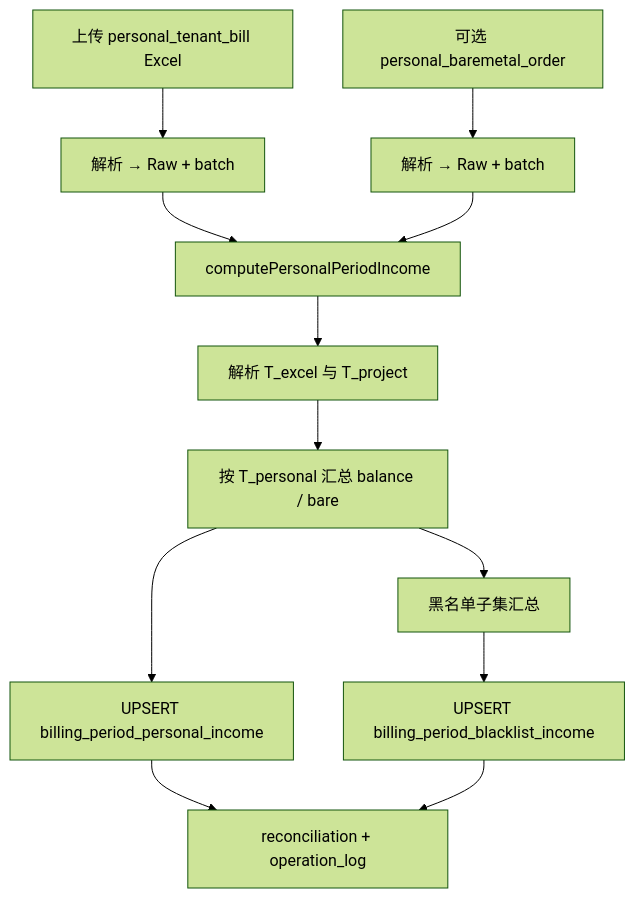
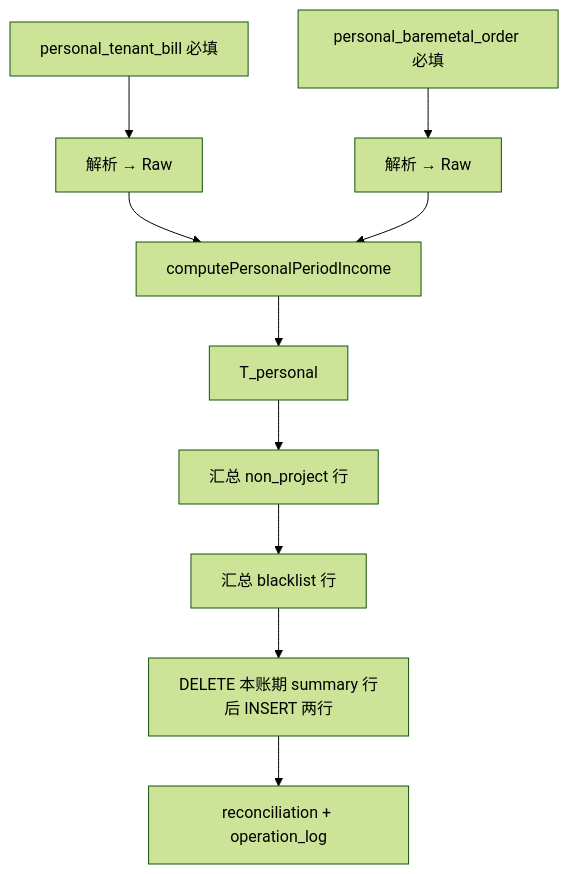
Before and after one commit to metacode0602/opencomfy-hub: the diagram in apps/web/content/design/finance-personal-income-design.md, drawn with Mermaid (forest theme). The commit also changed other lines of this file and 18 other files, not shown here.

````diff
--- a/apps/web/content/design/finance-personal-income-design.md
+++ b/apps/web/content/design/finance-personal-income-design.md
@@ -231,14 +223,12 @@
 ```mermaid
 flowchart TB
-  U[上传 personal_tenant_bill Excel] --> P[解析 → Raw + batch]
-  U2[可选 personal_baremetal_order] --> P2[解析 → Raw + batch]
-  P --> C[computePersonalPeriodIncome]
+  U1[personal_tenant_bill 必填] --> P1[解析 → Raw]
+  U2[personal_baremetal_order 必填] --> P2[解析 → Raw]
+  P1 --> C[computePersonalPeriodIncome]
   P2 --> C
-  C --> F[解析 T_excel 与 T_project]
-  F --> A[按 T_personal 汇总 balance / bare]
-  A --> W[UPSERT billing_period_personal_income]
-  A --> B[黑名单子集汇总]
-  B --> X[UPSERT billing_period_blacklist_income]
+  C --> F[T_personal]
+  F --> A[汇总 non_project 行]
+  A --> B[汇总 blacklist 行]
+  B --> W[DELETE 本账期 summary 行后 INSERT 两行]
   W --> R[reconciliation + operation_log]
-  X --> R
 ```
````
